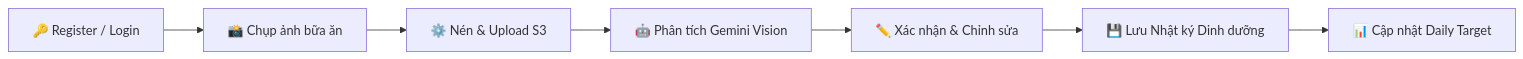
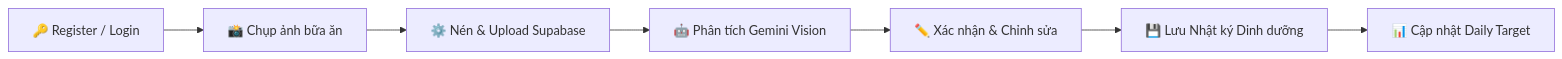
Before and after one commit to AnBinh05/AI-Calorie-Meal-Tracker: the first of 3 diagrams in README.md, drawn with Mermaid. The commit also changed other lines of this file and 12 other files, not shown here.

````diff
--- a/README.md
+++ b/README.md
@@ -64,9 +64,9 @@
 ```mermaid
 flowchart LR
     A[🔑 Register / Login] --> B[📸 Chụp ảnh bữa ăn]
-    B --> C[⚙️ Nén & Upload S3]
+    B --> C[⚙️ Nén & Upload Supabase]
     C --> D[🤖 Phân tích Gemini Vision]
     D --> E[✏️ Xác nhận & Chỉnh sửa]
     E --> F[💾 Lưu Nhật ký Dinh dưỡng]
     F --> G[📊 Cập nhật Daily Target]
 ```
````
